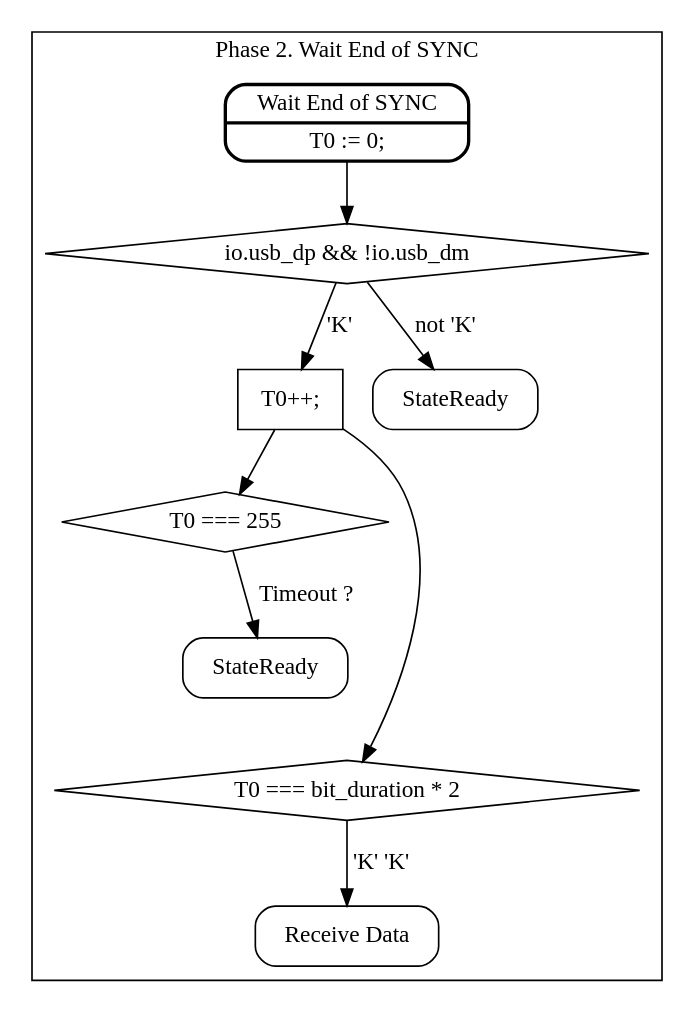
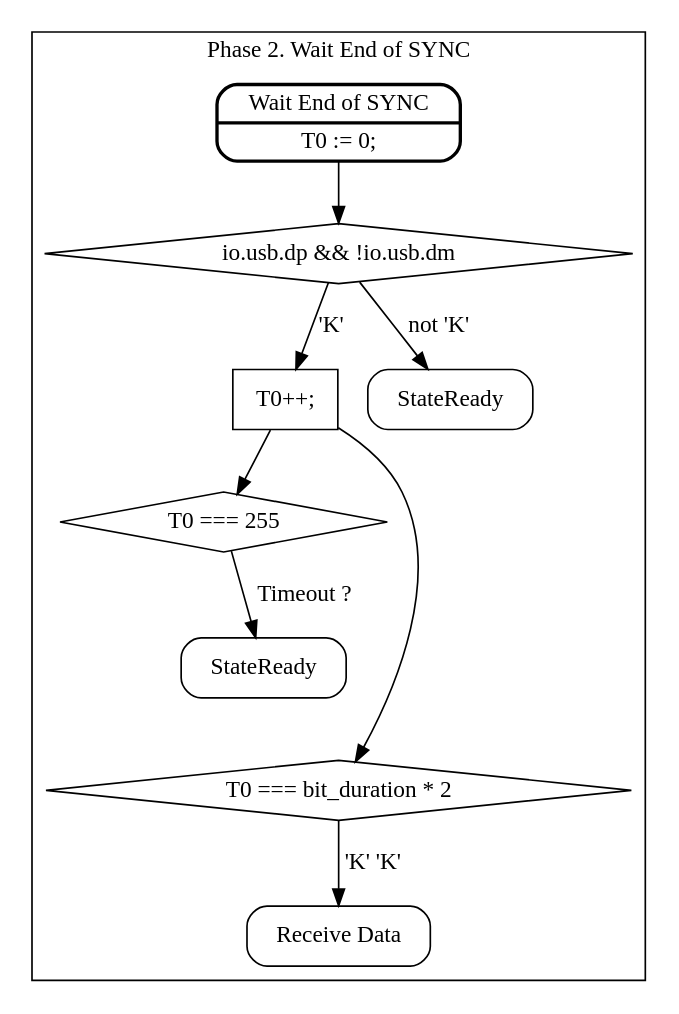
The diagram in doc/graphs/USB10/USBReceiver2.dot (pointcheck/KarnixSOC), drawn with Graphviz before and after one commit. The commit also changed 23 other files, not shown here.

Commit message:
USB10: Update FMS diagrams to meat new structure of USBInterface

```diff
--- a/doc/graphs/USB10/USBReceiver2.dot
+++ b/doc/graphs/USB10/USBReceiver2.dot
@@ -1,22 +1,22 @@
 digraph USBReceiver {
 
 	subgraph cluster_2 {
 		label = "Phase 2. Wait End of SYNC"
 		rankdir=TB; // Layout from top to bottom
 		node [shape=Mrecord]; // Shape of the nodes
 	
 		StateWaitEndOfSYNC[penwidth=2, label = "{Wait End of SYNC|T0 := 0;}"];
-		StateWaitEndOfSYNC -> StateWaitEndOfSYNC_KReceived_diamond; StateWaitEndOfSYNC_KReceived_diamond[shape = "diamond", label = "io.usb_dp && !io.usb_dm"];
+		StateWaitEndOfSYNC -> StateWaitEndOfSYNC_KReceived_diamond; StateWaitEndOfSYNC_KReceived_diamond[shape = "diamond", label = "io.usb.dp && !io.usb.dm"];
 		StateWaitEndOfSYNC_KReceived_diamond -> StateWaitEndOfSYNC_KReceived_box[label = "'K'"]; StateWaitEndOfSYNC_KReceived_box[shape = "box", label = "T0++;"];
 		StateWaitEndOfSYNC_KReceived_diamond -> StateReady11[label = "not 'K'"]; StateReady11[label = "StateReady"];
 		
 	
 		StateWaitEndOfSYNC_KReceived_box -> StateWaitEndOfSYNC_End_Timeout; StateWaitEndOfSYNC_End_Timeout[shape = "diamond", label = "T0 === 255"];
 		StateWaitEndOfSYNC_End_Timeout -> StateReady2[label = "Timeout ?"]; StateReady2[label = "StateReady"];
 		
 		StateWaitEndOfSYNC_KReceived_box -> StateWaitEndOfSYNC_End_diamond; StateWaitEndOfSYNC_End_diamond[shape = "diamond", label = "T0 === bit_duration * 2"];
 		StateReady2 -> StateWaitEndOfSYNC_End_diamond[style = "invis"];
 		StateWaitEndOfSYNC_End_diamond -> StateRecevingData0[label = "'K' 'K'"]; StateRecevingData0[label = "Receive Data"]
 	}	
 	
 }
```
